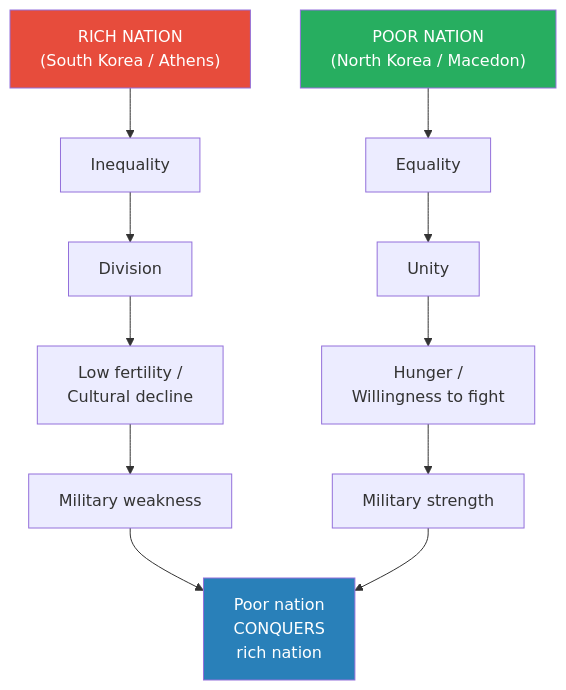
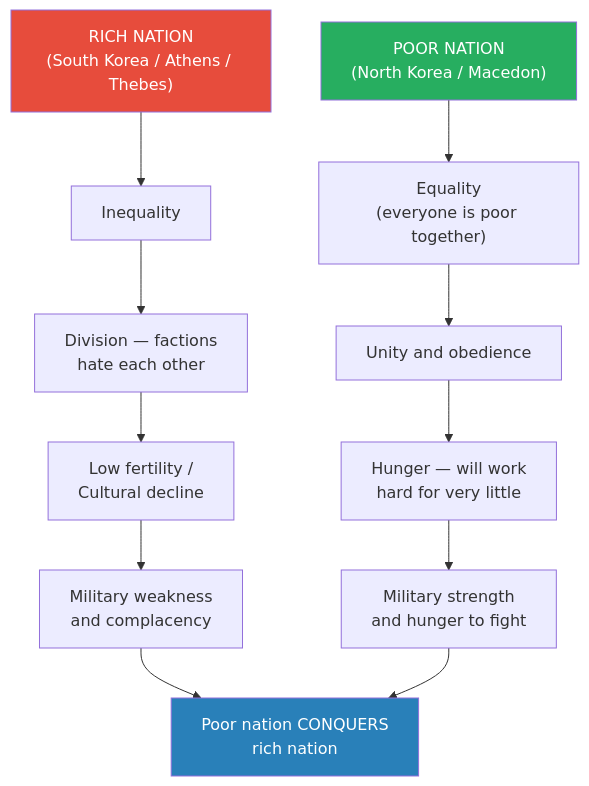
One commit to alius33/reader changed the third of 9 diagrams in summaries/Lectures/Civilization/11 - The Greatness of Philip II of Macedon.md. Above: the diagram before and after it, drawn with Mermaid. The commit also changed other lines of this file and 26 other files, not shown here.

````diff
--- a/summaries/Lectures/Civilization/11 - The Greatness of Philip II of Macedon.md
+++ b/summaries/Lectures/Civilization/11 - The Greatness of Philip II of Macedon.md
@@ -78,16 +139,16 @@
 ```mermaid
 flowchart TB
-    R["RICH NATION<br/>(South Korea / Athens)"] --> I["Inequality"]
-    I --> D["Division"]
+    R["RICH NATION<br/>(South Korea / Athens / Thebes)"] --> I["Inequality"]
+    I --> D["Division — factions<br/>hate each other"]
     D --> LF["Low fertility /<br/>Cultural decline"]
-    LF --> W["Military weakness"]
-    P["POOR NATION<br/>(North Korea / Macedon)"] --> E["Equality"]
-    E --> U["Unity"]
-    U --> H["Hunger /<br/>Willingness to fight"]
-    H --> MS["Military strength"]
-    W --> C["Poor nation<br/>CONQUERS<br/>rich nation"]
+    LF --> W["Military weakness<br/>and complacency"]
+    P["POOR NATION<br/>(North Korea / Macedon)"] --> E["Equality<br/>(everyone is poor together)"]
+    E --> U["Unity and obedience"]
+    U --> H["Hunger — will work<br/>hard for very little"]
+    H --> MS["Military strength<br/>and hunger to fight"]
+    W --> C["Poor nation CONQUERS<br/>rich nation"]
     MS --> C
     style R fill:#e74c3c,color:#fff
     style P fill:#27ae60,color:#fff
     style C fill:#2980b9,color:#fff
 ```
````
